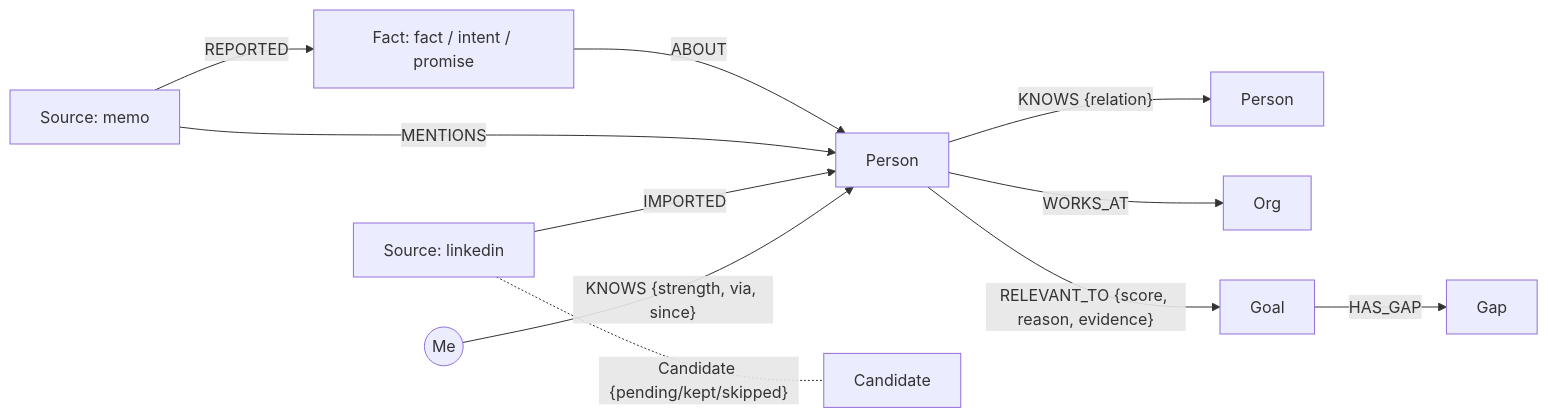
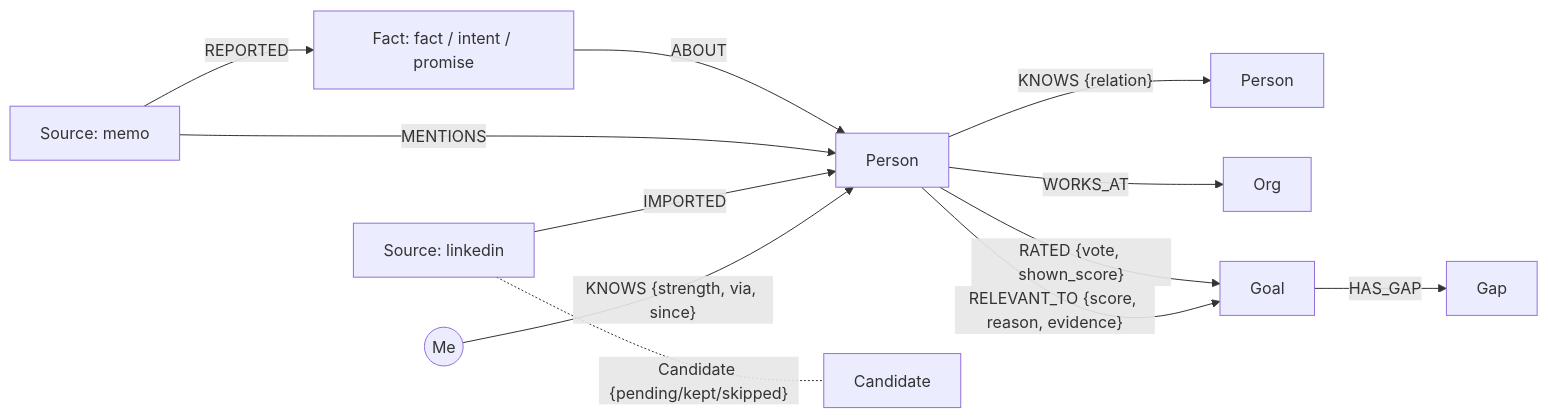
The diagram in README.md (anshikasharmaa1517/know-your-connection), drawn with Mermaid before and after one commit. The commit also changed other lines of this file, not shown here.

Commit message:
Update README for the current app and demo flow

````diff
--- a/README.md
+++ b/README.md
@@ -38,13 +44,14 @@
 ```mermaid
 graph LR
   Me((Me)) -- "KNOWS {strength, via, since}" --> P1[Person]
   P1 -- "KNOWS {relation}" --> P2[Person]
   P1 -- WORKS_AT --> O[Org]
   S1[Source: linkedin] -- IMPORTED --> P1
   S2[Source: memo] -- MENTIONS --> P1
   S2 -- REPORTED --> F[Fact: fact / intent / promise]
   F -- ABOUT --> P1
   S1 -. "Candidate {pending/kept/skipped}" .- C[Candidate]
   P1 -- "RELEVANT_TO {score, reason, evidence}" --> G[Goal]
+  P1 -- "RATED {vote, shown_score}" --> G
   G -- HAS_GAP --> Gap[Gap]
 ```
````
